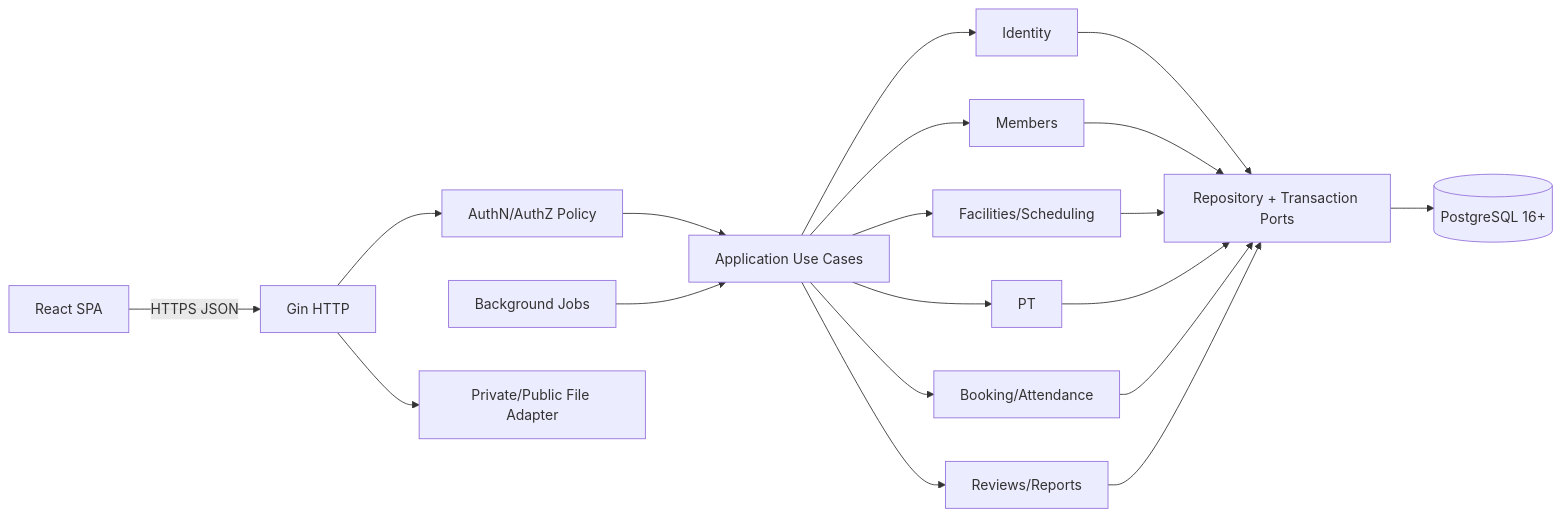
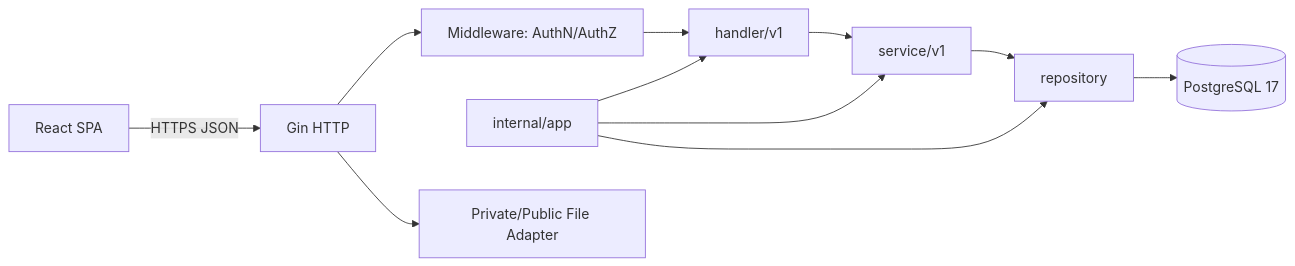
One commit to tlong15306/ttcsn-gym-management changed the first of 2 diagrams in docs/11_kien_truc_he_thong.md. Above: the diagram before and after it, drawn with Mermaid. The commit also changed other lines of this file and 343 other files, not shown here.

````diff
--- a/docs/11_kien_truc_he_thong.md
+++ b/docs/11_kien_truc_he_thong.md
@@ -7,16 +7,11 @@
 ```mermaid
 flowchart LR
     UI[React SPA] -->|HTTPS JSON| API[Gin HTTP]
-    API --> POL[AuthN/AuthZ Policy]
-    POL --> UC[Application Use Cases]
-    UC --> ID[Identity]
-    UC --> MEM[Members]
-    UC --> FAC[Facilities/Scheduling]
-    UC --> PT[PT]
-    UC --> BOOK[Booking/Attendance]
-    UC --> REP[Reviews/Reports]
-    ID & MEM & FAC & PT & BOOK & REP --> PORT[Repository + Transaction Ports]
-    PORT --> PG[(PostgreSQL 16+)]
-    JOB[Background Jobs] --> UC
+    API --> MW[Middleware: AuthN/AuthZ]
+    MW --> H[handler/v1]
+    H --> S[service/v1]
+    S --> R[repository]
+    R --> PG[(PostgreSQL 17)]
+    APP[internal/app] --> H & S & R
     API --> FILE[Private/Public File Adapter]
 ```
````
